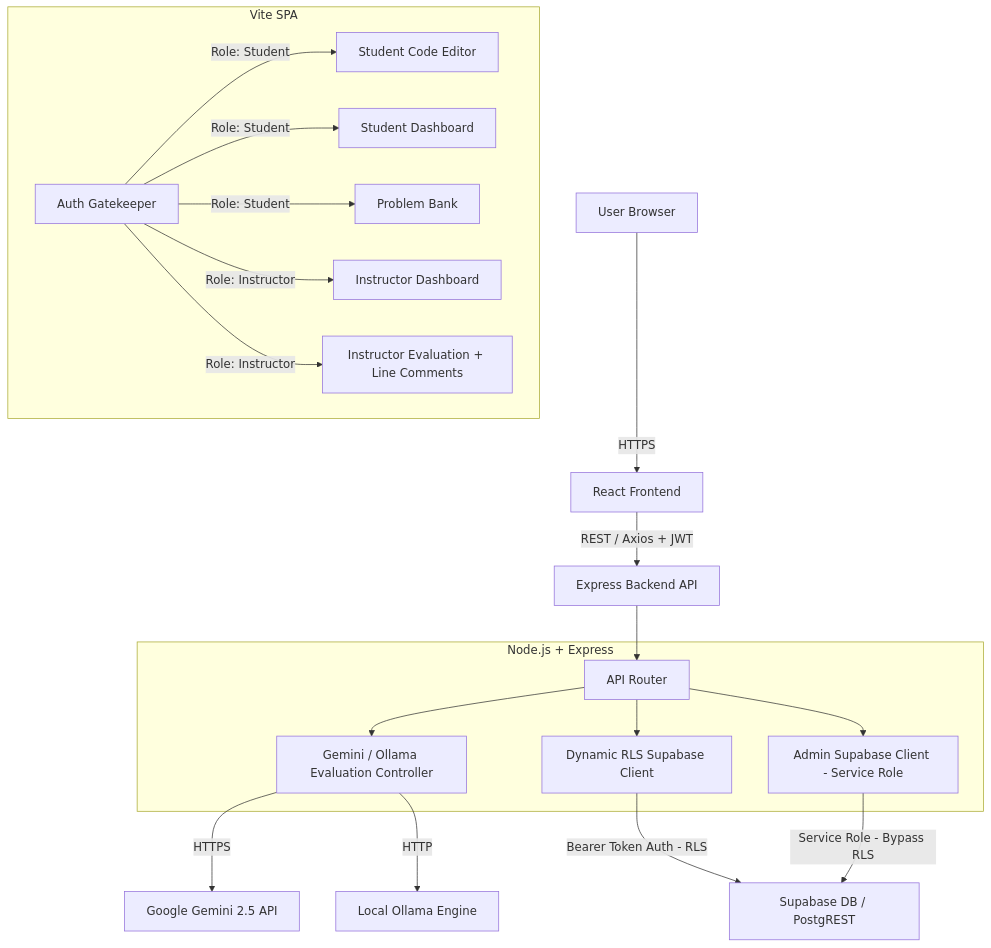
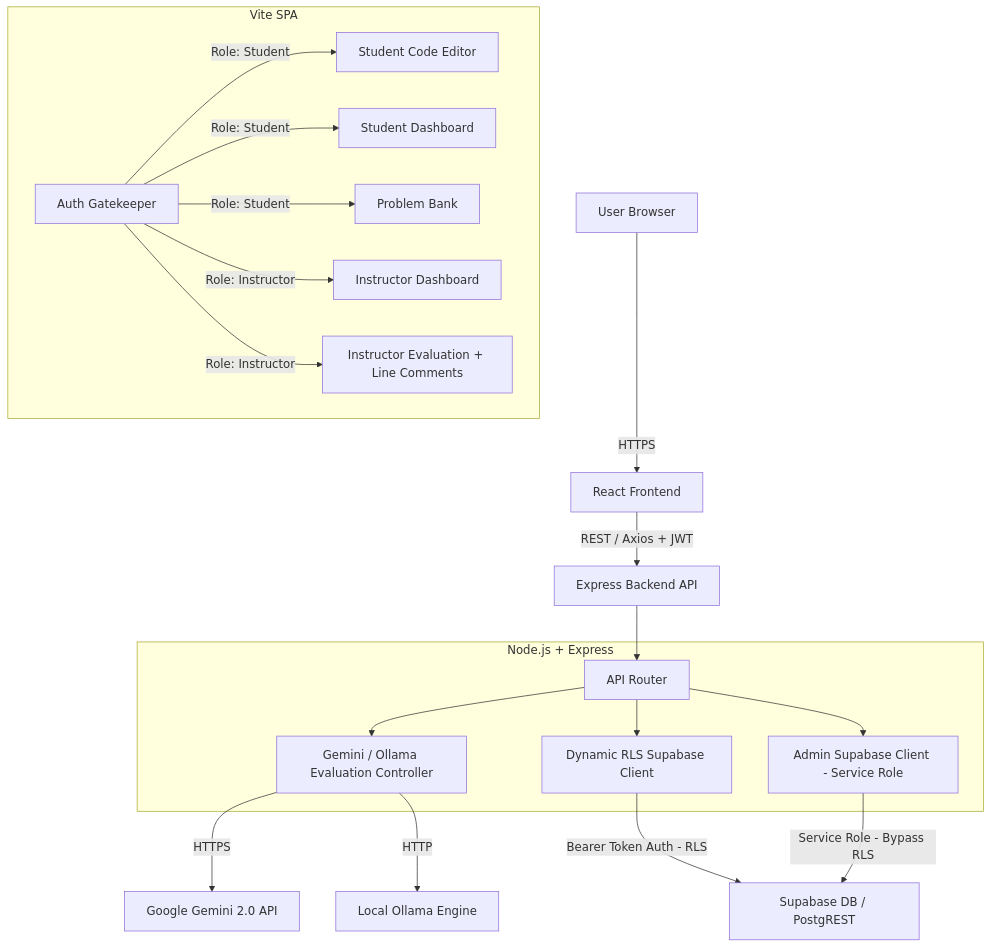
The diagram in README.md (OCTehckie18/CodeIR), drawn with Mermaid before and after one commit. The commit also changed other lines of this file and 3 other files, not shown here.

````diff
--- a/README.md
+++ b/README.md
@@ -15,32 +15,32 @@
 ```mermaid
 graph TD
     User[User Browser] -->|HTTPS| React[React Frontend]
 
     subgraph Frontend [Vite SPA]
         Auth[Auth Gatekeeper]
         Auth -->|Role: Student| Editor[Student Code Editor]
         Auth -->|Role: Student| Dash[Student Dashboard]
         Auth -->|Role: Student| Problems[Problem Bank]
         Auth -->|Role: Instructor| IDash[Instructor Dashboard]
         Auth -->|Role: Instructor| Eval[Instructor Evaluation + Line Comments]
     end
 
     React -->|REST / Axios + JWT| API[Express Backend API]
 
     subgraph Backend [Node.js + Express]
         Router[API Router]
         EvalController[Gemini / Ollama Evaluation Controller]
         DBController[Dynamic RLS Supabase Client]
         AdminClient[Admin Supabase Client - Service Role]
     end
 
     API --> Router
     Router --> EvalController
     Router --> DBController
     Router --> AdminClient
 
-    EvalController -->|HTTPS| Gemini[Google Gemini 2.5 API]
+    EvalController -->|HTTPS| Gemini[Google Gemini 2.0 API]
     EvalController -->|HTTP| Ollama[Local Ollama Engine]
     DBController -->|Bearer Token Auth - RLS| SB[Supabase DB / PostgREST]
     AdminClient -->|Service Role - Bypass RLS| SB
 ```
````
